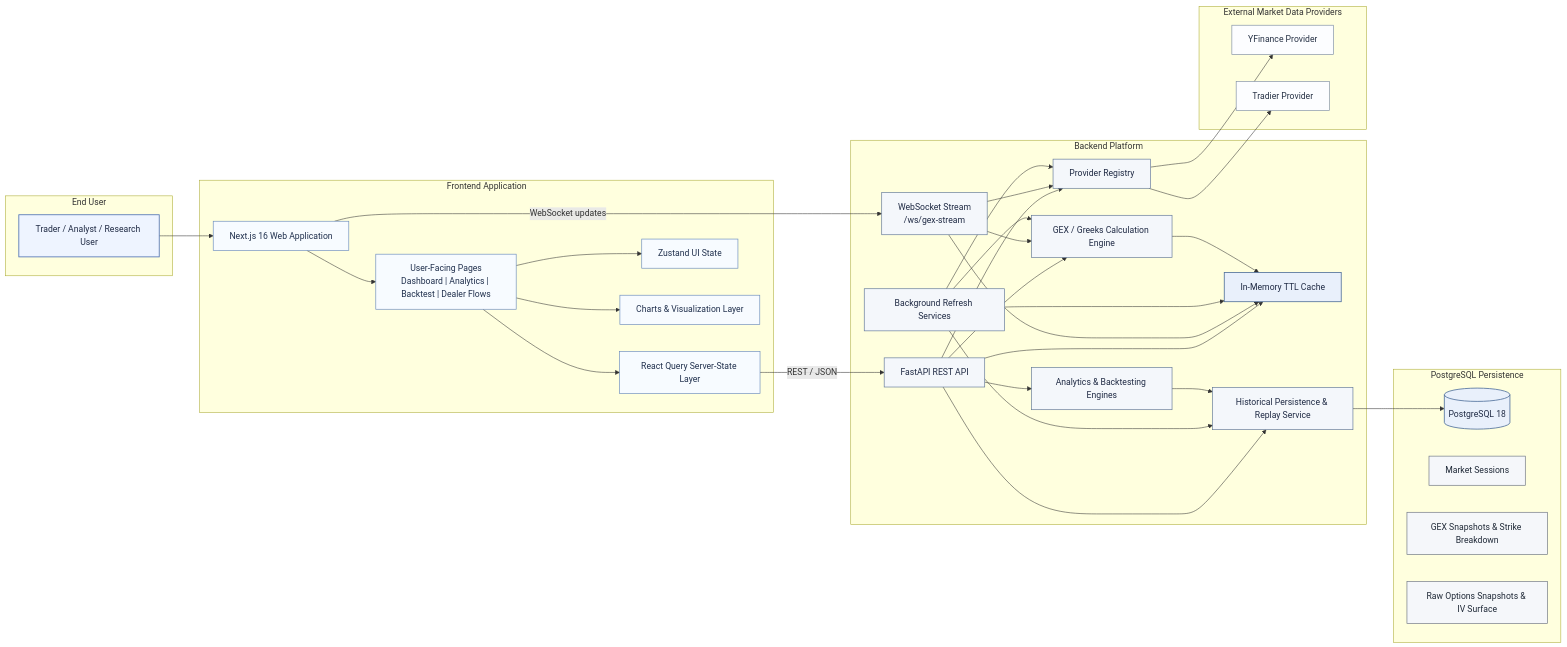
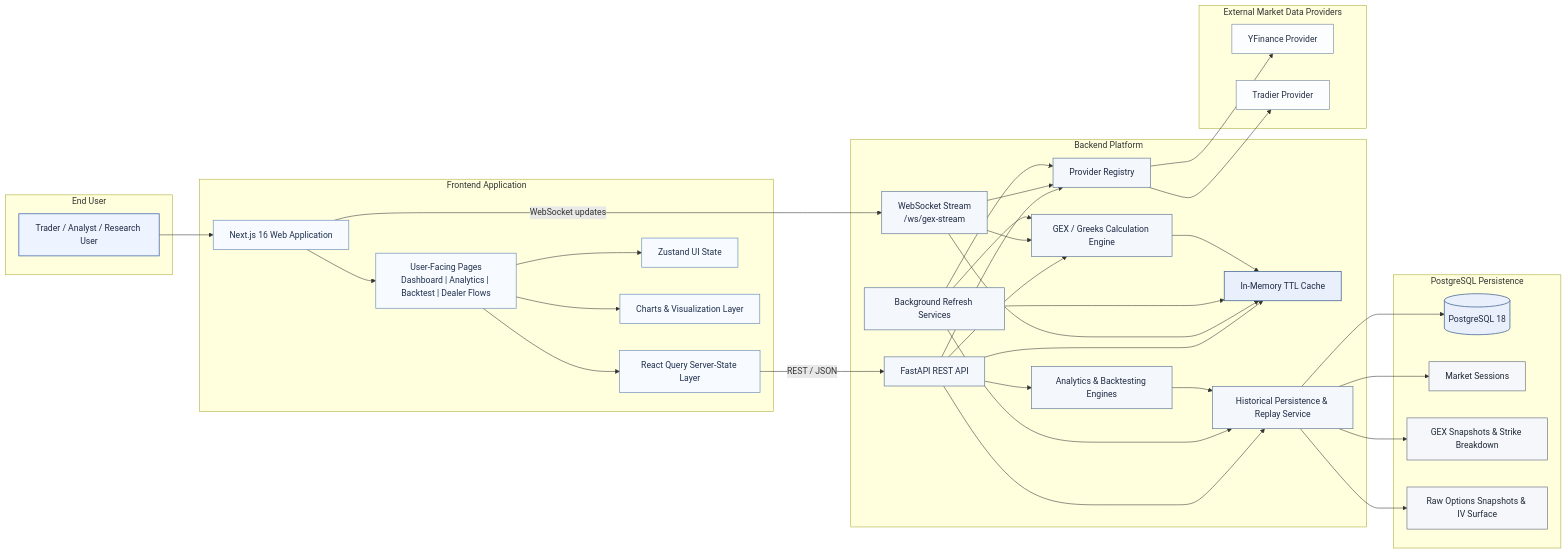
The diagram in docs/report/figure-1-high-level-system-architecture.mmd (puneet-chandna/0DTE-dealer-gamma), drawn with Mermaid before and after one commit. The commit also changed 7 other files, not shown here.

```diff
--- a/docs/report/figure-1-high-level-system-architecture.mmd
+++ b/docs/report/figure-1-high-level-system-architecture.mmd
@@ -1,78 +1,83 @@
 flowchart LR
     classDef user fill:#eef4ff,stroke:#4c6fb3,color:#1f2a44,stroke-width:1.5px;
     classDef frontend fill:#f7fbff,stroke:#6a8bbd,color:#20304d,stroke-width:1.2px;
     classDef backend fill:#f4f7fb,stroke:#5f7596,color:#1f2a44,stroke-width:1.2px;
     classDef source fill:#fcfdff,stroke:#7f8ea3,color:#273246,stroke-width:1.2px;
     classDef store fill:#f5f7fa,stroke:#6b7280,color:#1f2937,stroke-width:1.2px;
-    classDef accent fill:#e9f0fb,stroke:#4f6f9a,color:#1f2a44,stroke-width:1.5px;
+    classDef backendAccent fill:#e9f0fb,stroke:#4f6f9a,color:#1f2a44,stroke-width:1.5px;
+    classDef storeAccent fill:#e9f0fb,stroke:#4f6f9a,color:#1f2a44,stroke-width:1.5px;
 
     subgraph U["End User"]
         USER["Trader / Analyst / Research User"]
     end
 
     subgraph F["Frontend Application"]
         NEXT["Next.js 16 Web Application"]
         PAGES["User-Facing Pages<br/>Dashboard | Analytics | Backtest | Dealer Flows"]
         RQ["React Query Server-State Layer"]
         ZUSTAND["Zustand UI State"]
         CHARTS["Charts & Visualization Layer"]
     end
 
     subgraph B["Backend Platform"]
         API["FastAPI REST API"]
         WS["WebSocket Stream<br/>/ws/gex-stream"]
         REG["Provider Registry"]
         CALC["GEX / Greeks Calculation Engine"]
         ANALYTICS["Analytics & Backtesting Engines"]
         BG["Background Refresh Services"]
         CACHE["In-Memory TTL Cache"]
         HIST["Historical Persistence & Replay Service"]
     end
 
     subgraph E["External Market Data Providers"]
         YF["YFinance Provider"]
         TR["Tradier Provider"]
     end
 
     subgraph D["PostgreSQL Persistence"]
         PG[("PostgreSQL 18")]
         SESS["Market Sessions"]
         GEXDB["GEX Snapshots & Strike Breakdown"]
         RAW["Raw Options Snapshots & IV Surface"]
     end
 
     USER --> NEXT
     NEXT --> PAGES
     PAGES --> RQ
     PAGES --> ZUSTAND
     PAGES --> CHARTS
 
     RQ -->|"REST / JSON"| API
     NEXT -->|"WebSocket updates"| WS
 
     API --> REG
     API --> CACHE
     API --> CALC
     API --> ANALYTICS
     API --> HIST
     WS --> REG
     WS --> CACHE
     WS --> CALC
     BG --> REG
     BG --> CALC
     BG --> CACHE
     BG --> HIST
     ANALYTICS --> HIST
     CALC --> CACHE
 
     REG --> YF
     REG --> TR
 
     HIST --> PG
+    HIST --> SESS
+    HIST --> GEXDB
+    HIST --> RAW
 
     class USER user;
     class NEXT,PAGES,RQ,ZUSTAND,CHARTS frontend;
-    class API,WS,REG,CALC,ANALYTICS,BG,CACHE,HIST backend;
+    class API,WS,REG,CALC,ANALYTICS,BG,HIST backend;
+    class CACHE backendAccent;
     class YF,TR source;
-    class PG,SESS,GEXDB,RAW store;
-    class CACHE,PG accent;
+    class SESS,GEXDB,RAW store;
+    class PG storeAccent;
```
